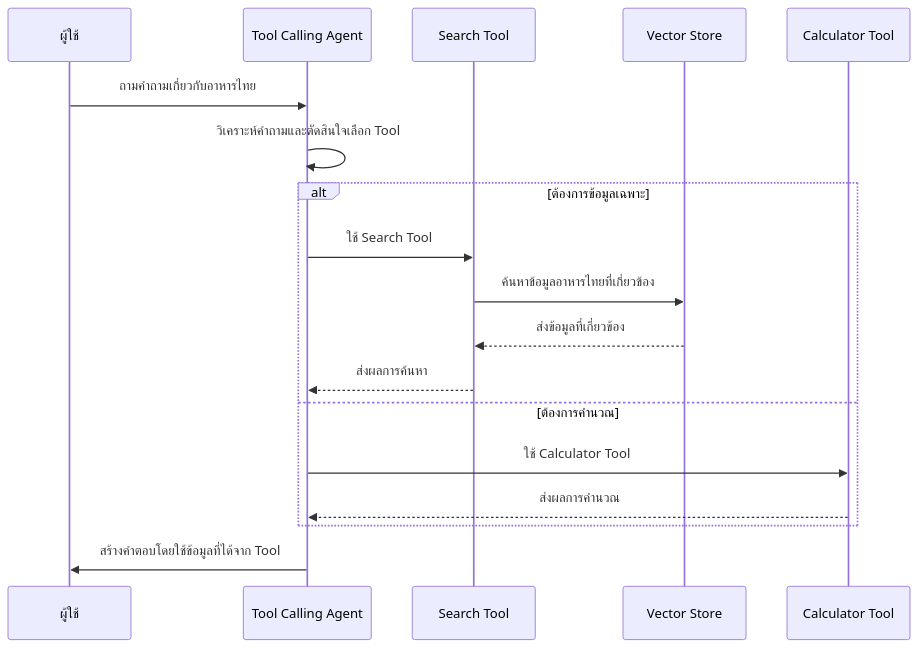
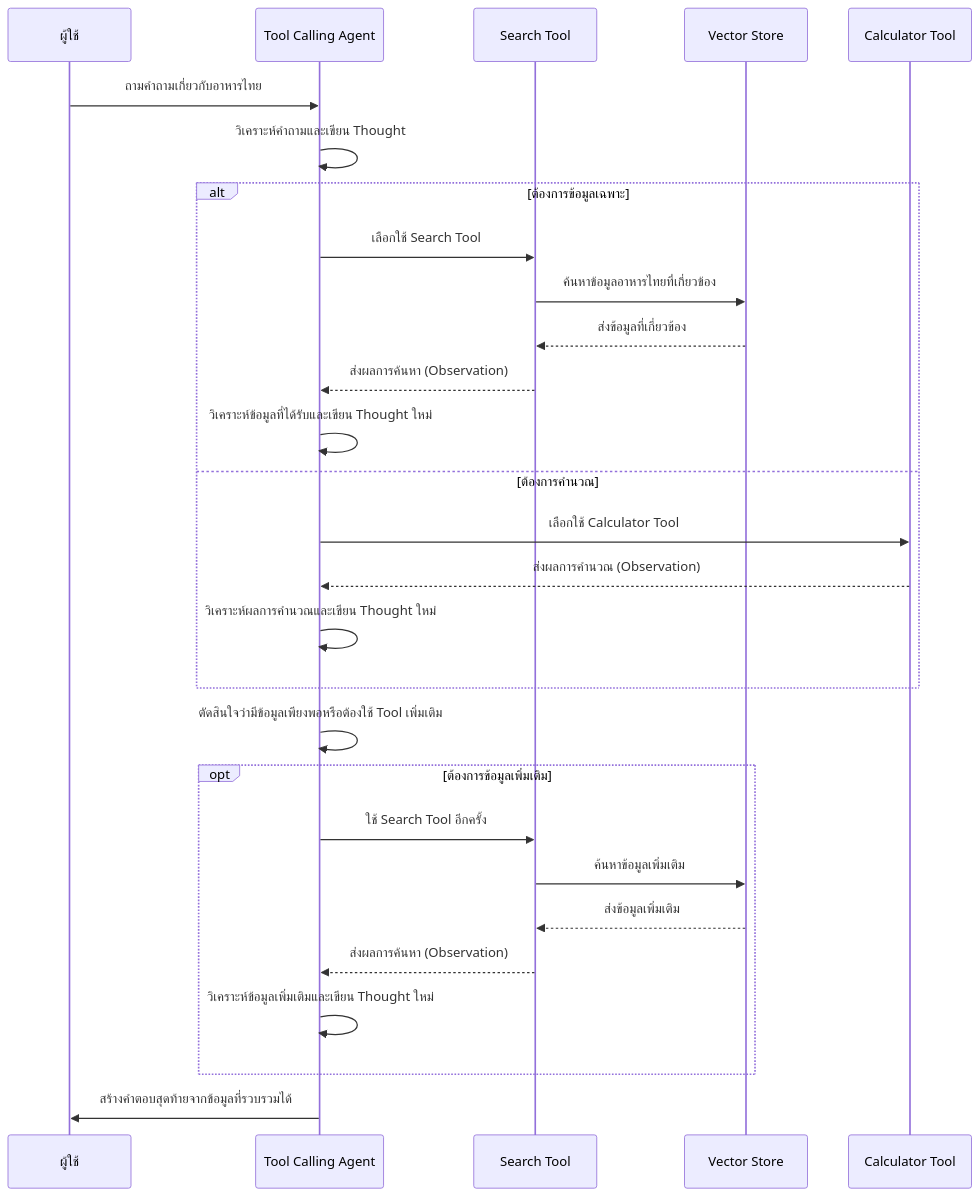
The third of 18 diagrams in hand-on_2-3/README_TH.md (amornpan/langflow-ai), drawn with Mermaid before and after one commit. The commit also changed other lines of this file and 3 other files, not shown here.

````diff
--- a/hand-on_2-3/README_TH.md
+++ b/hand-on_2-3/README_TH.md
@@ -96,24 +79,35 @@
 ```mermaid
 sequenceDiagram
     participant User as ผู้ใช้
     participant Agent as Tool Calling Agent
     participant Search as Search Tool
     participant Vector as Vector Store
     participant Calc as Calculator Tool
     
     User->>Agent: ถามคำถามเกี่ยวกับอาหารไทย
-    
-    Agent->>Agent: วิเคราะห์คำถามและตัดสินใจเลือก Tool
+    Agent->>Agent: วิเคราะห์คำถามและเขียน Thought
     
     alt ต้องการข้อมูลเฉพาะ
-        Agent->>Search: ใช้ Search Tool
+        Agent->>Search: เลือกใช้ Search Tool
         Search->>Vector: ค้นหาข้อมูลอาหารไทยที่เกี่ยวข้อง
         Vector-->>Search: ส่งข้อมูลที่เกี่ยวข้อง
-        Search-->>Agent: ส่งผลการค้นหา
+        Search-->>Agent: ส่งผลการค้นหา (Observation)
+        Agent->>Agent: วิเคราะห์ข้อมูลที่ได้รับและเขียน Thought ใหม่
     else ต้องการคำนวณ
-        Agent->>Calc: ใช้ Calculator Tool
-        Calc-->>Agent: ส่งผลการคำนวณ
+        Agent->>Calc: เลือกใช้ Calculator Tool
+        Calc-->>Agent: ส่งผลการคำนวณ (Observation)
+        Agent->>Agent: วิเคราะห์ผลการคำนวณและเขียน Thought ใหม่
     end
     
-    Agent->>User: สร้างคำตอบโดยใช้ข้อมูลที่ได้จาก Tool
+    Agent->>Agent: ตัดสินใจว่ามีข้อมูลเพียงพอหรือต้องใช้ Tool เพิ่มเติม
+    
+    opt ต้องการข้อมูลเพิ่มเติม
+        Agent->>Search: ใช้ Search Tool อีกครั้ง
+        Search->>Vector: ค้นหาข้อมูลเพิ่มเติม
+        Vector-->>Search: ส่งข้อมูลเพิ่มเติม
+        Search-->>Agent: ส่งผลการค้นหา (Observation)
+        Agent->>Agent: วิเคราะห์ข้อมูลเพิ่มเติมและเขียน Thought ใหม่
+    end
+    
+    Agent->>User: สร้างคำตอบสุดท้ายจากข้อมูลที่รวบรวมได้
 ```
````
